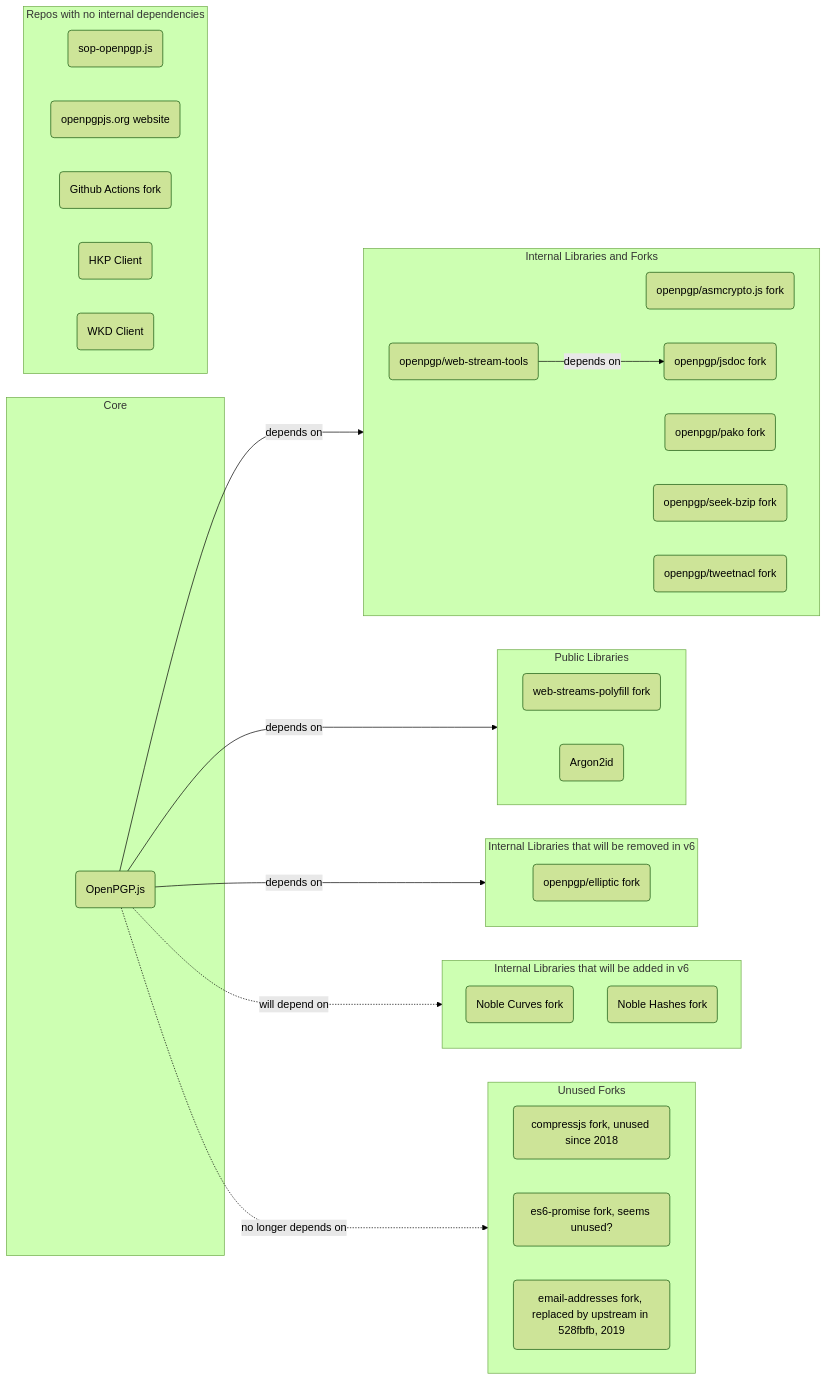
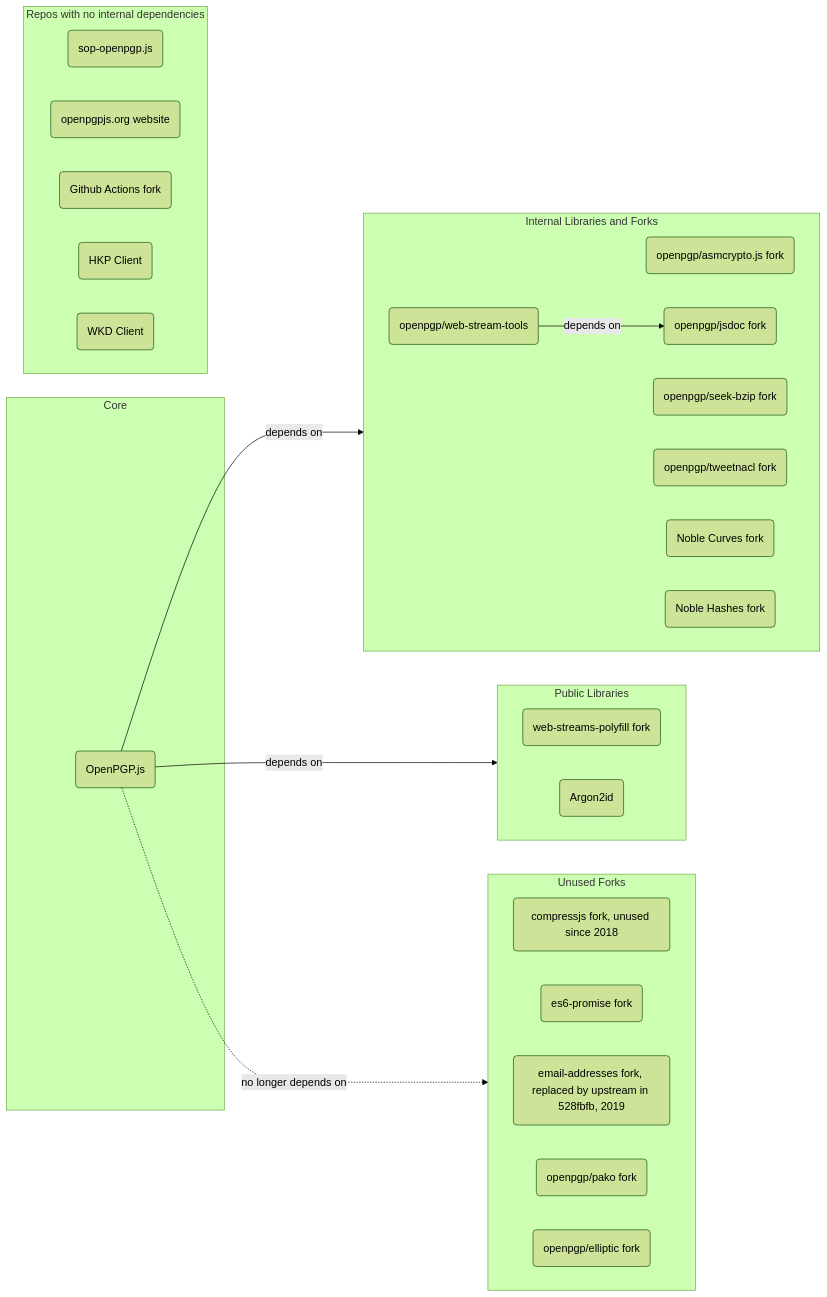
Before and after one commit to openpgpjs/openpgpjs: the diagram in PROJECT_STRUCTURE.md, drawn with Mermaid (forest theme). The commit also changed other lines of this file, not shown here.

````diff
--- a/PROJECT_STRUCTURE.md
+++ b/PROJECT_STRUCTURE.md
@@ -19,46 +19,40 @@
 ```mermaid
 flowchart LR
     CORE -->|depends on| InternalLibraries
     CORE -->|depends on| PublicLibraries
-    CORE -->|depends on| SoonObsolete
-    CORE .->|will depend on| v6InternalLibraries
     CORE .->|no longer depends on| UnusedForks
     subgraph Core
       CORE(OpenPGP.js)
     end
     subgraph NoInternalDependencies [Repos with no internal dependencies]
       direction LR
       CLI(sop-openpgp.js)
       WEBSITE(openpgpjs.org website)
       GHA(Github Actions fork)
       HKP-CLIENT(HKP Client)
       WKD-CLIENT(WKD Client)
     end
     subgraph PublicLibraries [Public Libraries]
       direction LR
       WEB-STREAMS-POLYFILL(web-streams-polyfill fork)
       ARGON2ID(Argon2id)
     end
     subgraph InternalLibraries [Internal Libraries and Forks]
       direction LR
       ASMCRYPTO.JS(openpgp/asmcrypto.js fork)
       JSDOC(openpgp/jsdoc fork)
-      PAKO(openpgp/pako fork)
       SEEK-BZIP(openpgp/seek-bzip fork)
       TWEETNACL(openpgp/tweetnacl fork)
       WEB-STREAM-TOOLS(openpgp/web-stream-tools) -->|depends on| JSDOC
-    end
-    subgraph v6InternalLibraries [Internal Libraries that will be added in v6]
       NOBLE-CURVES(Noble Curves fork)
       NOBLE-HASHES(Noble Hashes fork)
-    end
-    subgraph SoonObsolete [Internal Libraries that will be removed in v6]
-      ELLIPTIC(openpgp/elliptic fork)
     end
     subgraph UnusedForks [Unused Forks]
       direction LR
       COMPRESSJS(compressjs fork, unused since 2018)
-      ES6-PROMISE(es6-promise fork, seems unused?)
+      ES6-PROMISE(es6-promise fork)
       EMAIL-ADDRESSES(email-addresses fork, replaced by upstream in 528fbfb, 2019)
+      PAKO(openpgp/pako fork)
+      ELLIPTIC(openpgp/elliptic fork)
     end
 ```
````
